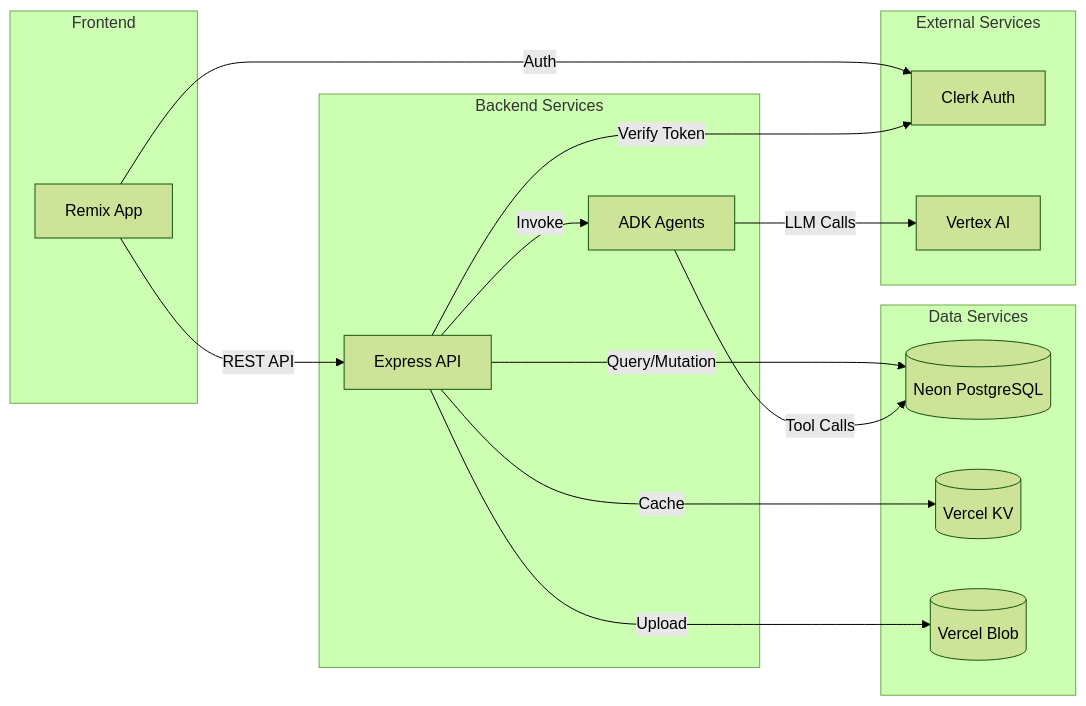
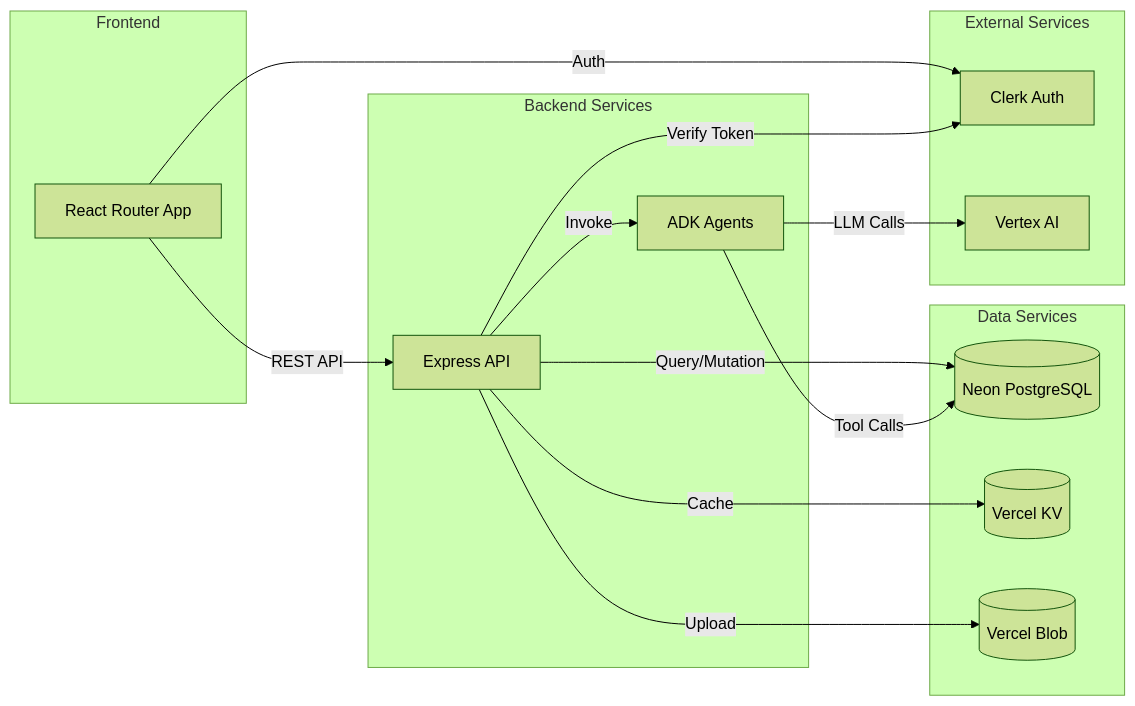
Before and after one commit to lmtNoLimit/the-compass: the diagram in docs/architecture/components.md, drawn with Mermaid (forest theme). The commit also changed other lines of this file and 92 other files, not shown here.

First line of the commit message:
refactor: migrate from monorepo to unified React Router structure

````diff
--- a/docs/architecture/components.md
+++ b/docs/architecture/components.md
@@ -96,32 +96,32 @@
 ```mermaid
 graph LR
     subgraph "Frontend"
-        Remix[Remix App]
+        ReactApp[React Router App]
     end
     
     subgraph "Backend Services"
         API[Express API]
         ADK[ADK Agents]
     end
     
     subgraph "Data Services"
         DB[(Neon PostgreSQL)]
         KV[(Vercel KV)]
         Blob[(Vercel Blob)]
     end
     
     subgraph "External Services"
         Clerk[Clerk Auth]
         Vertex[Vertex AI]
     end
     
-    Remix -->|REST API| API
-    Remix -->|Auth| Clerk
+    ReactApp -->|REST API| API
+    ReactApp -->|Auth| Clerk
     API -->|Query/Mutation| DB
     API -->|Cache| KV
     API -->|Invoke| ADK
     API -->|Upload| Blob
     API -->|Verify Token| Clerk
     ADK -->|LLM Calls| Vertex
     ADK -->|Tool Calls| DB
 ```
````
